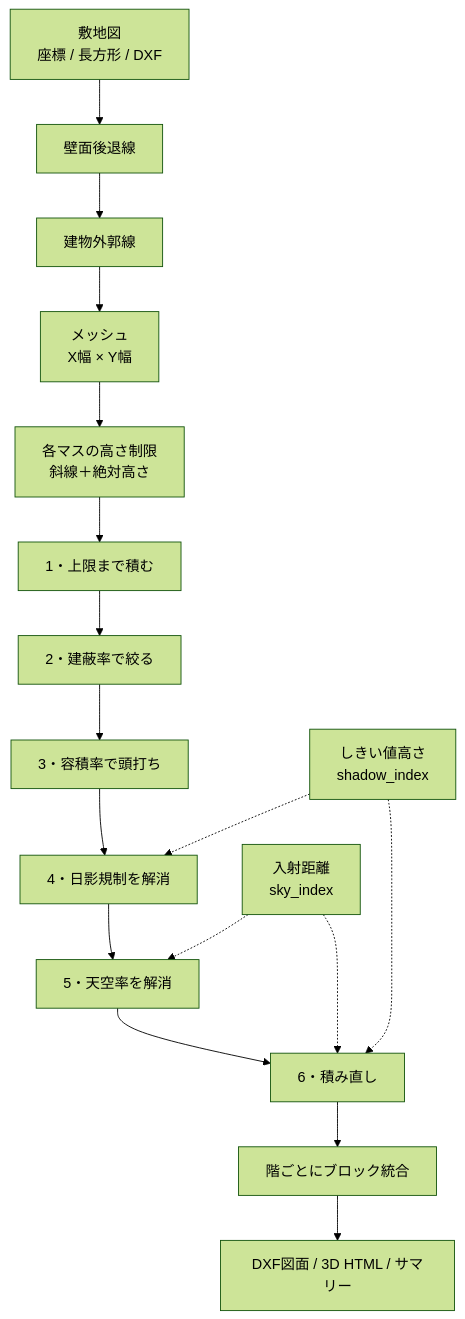
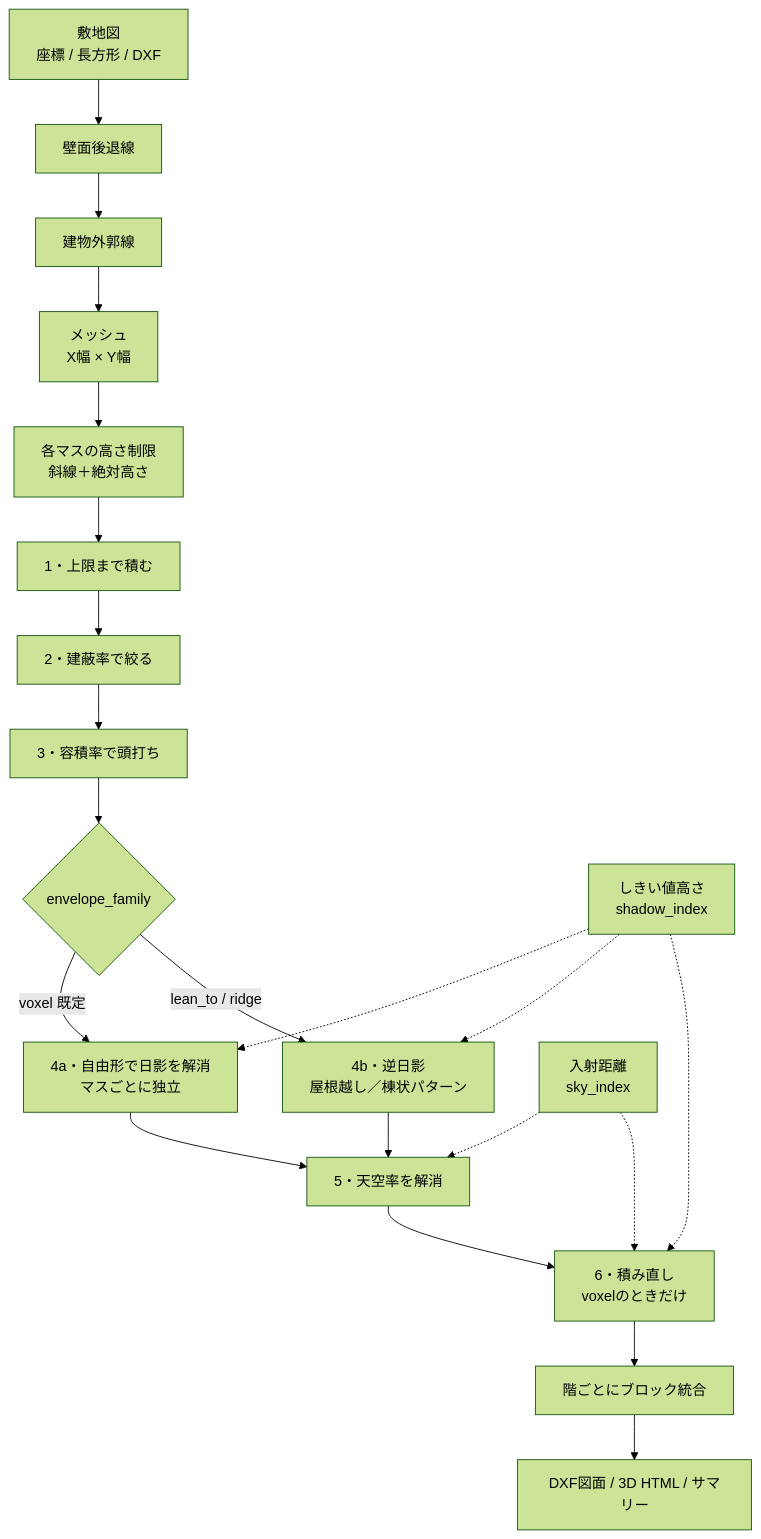
The diagram in docs/mve/design_spec.md (naoki-ohashi/sim), drawn with Mermaid (forest theme) before and after one commit. The commit also changed other lines of this file and 11 other files, not shown here.

````diff
--- a/docs/mve/design_spec.md
+++ b/docs/mve/design_spec.md
@@ -329,20 +336,24 @@
 ```mermaid
 flowchart TD
     A[敷地図<br/>座標 / 長方形 / DXF] --> B[壁面後退線]
     B --> C[建物外郭線]
     C --> D[メッシュ<br/>X幅 × Y幅]
     D --> E[各マスの高さ制限<br/>斜線＋絶対高さ]
     E --> F[1・上限まで積む]
     F --> G[2・建蔽率で絞る]
     G --> H[3・容積率で頭打ち]
-    H --> I[4・日影規制を解消]
-    I --> S[5・天空率を解消]
-    S --> J[6・積み直し]
+    H --> I{envelope_family}
+    I -->|voxel 既定| I1[4a・自由形で日影を解消<br/>マスごとに独立]
+    I -->|lean_to / ridge| I2[4b・逆日影<br/>屋根越し／棟状パターン]
+    I1 --> S[5・天空率を解消]
+    I2 --> S
+    S --> J[6・積み直し<br/>voxelのときだけ]
     J --> K[階ごとにブロック統合]
     K --> L[DXF図面 / 3D HTML / サマリー]
 
-    M[しきい値高さ<br/>shadow_index] -.-> I
+    M[しきい値高さ<br/>shadow_index] -.-> I1
+    M -.-> I2
     M -.-> J
     N[入射距離<br/>sky_index] -.-> S
     N -.-> J
 ```
````
